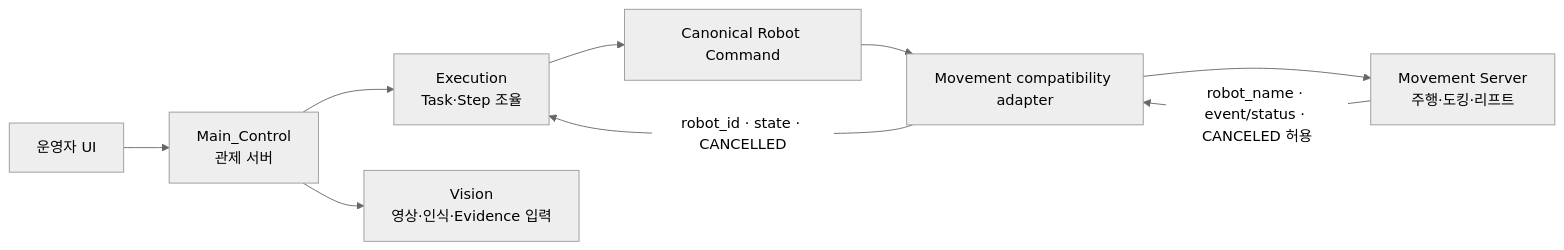
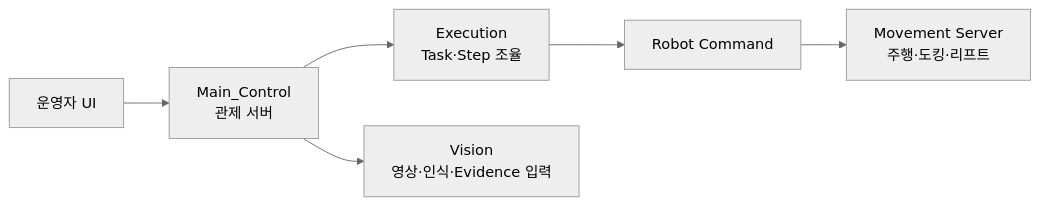
One commit to eduwing-robotics/ros2-ai-amr-repo3 changed the second of 4 diagrams in main_server/docs/GLOSSARY.md. Above: the diagram before and after it, drawn with Mermaid (neutral theme). The commit also changed other lines of this file and 167 other files, not shown here.

````diff
--- a/main_server/docs/GLOSSARY.md
+++ b/main_server/docs/GLOSSARY.md
@@ -35,11 +34,8 @@
 ```mermaid
 flowchart LR
   UI["운영자 UI"] --> Main["Main_Control<br/>관제 서버"]
   Main --> Exec["Execution<br/>Task·Step 조율"]
-  Exec --> Canon["Canonical Robot Command"]
-  Canon --> Adapter["Movement compatibility adapter"]
-  Adapter --> Movement["Movement Server<br/>주행·도킹·리프트"]
-  Movement -->|"robot_name · event/status · CANCELED 허용"| Adapter
-  Adapter -->|"robot_id · state · CANCELLED"| Exec
+  Exec --> Command["Robot Command"]
+  Command --> Movement["Movement Server<br/>주행·도킹·리프트"]
   Main --> Vision["Vision<br/>영상·인식·Evidence 입력"]
 ```
````
